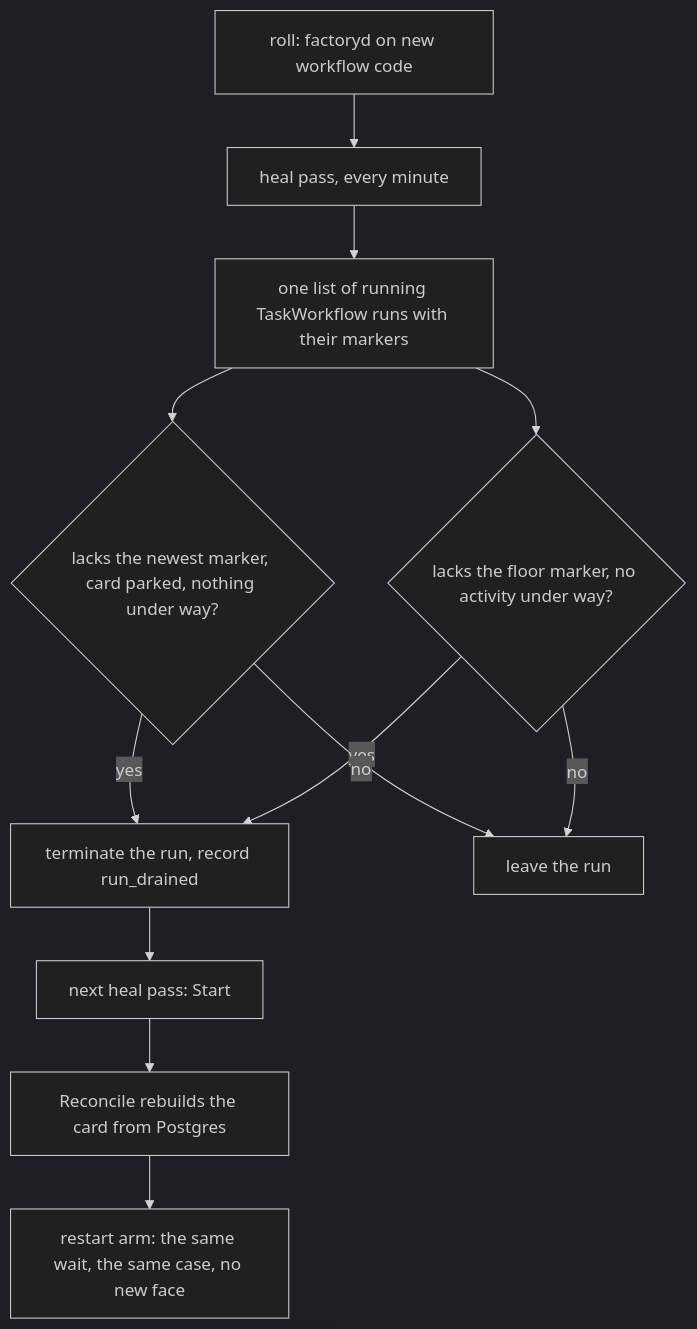
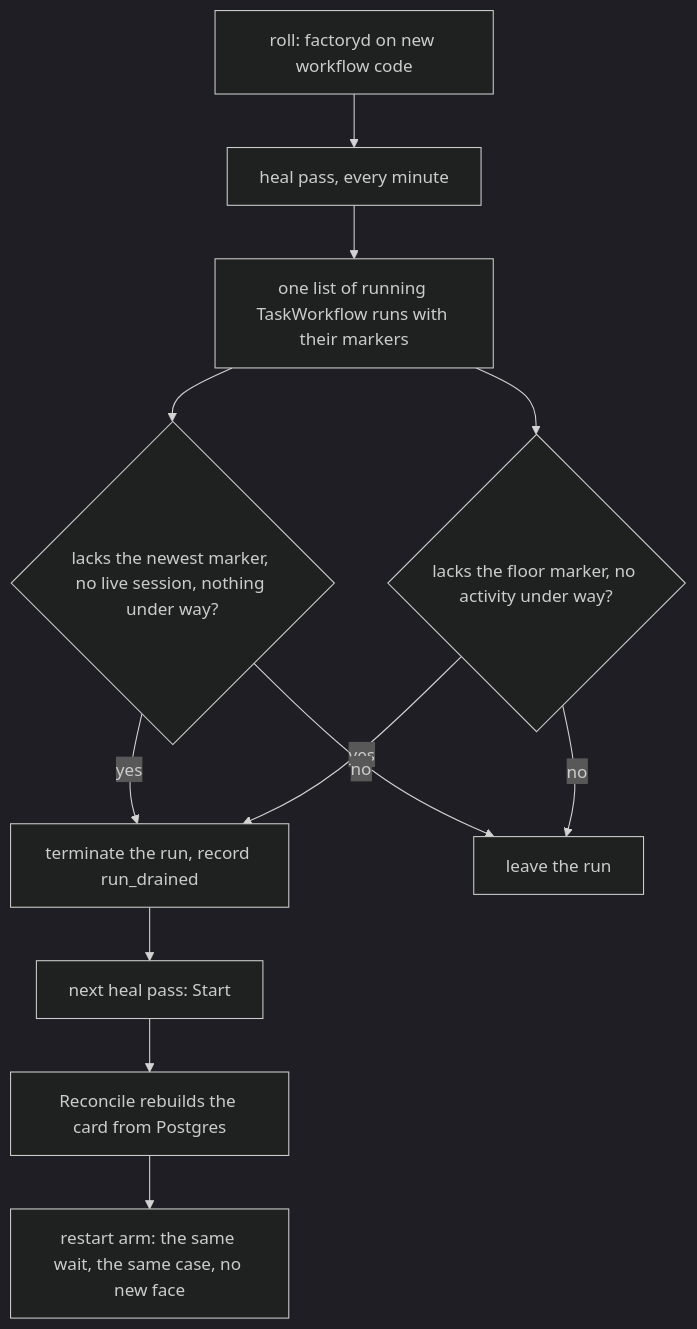
The first of 2 diagrams in docs/plans/2026-11-27-collapse-the-workflow-history.md (sebastianrueckerai/ai-software-factory), drawn with Mermaid (dark theme) before and after one commit. The commit also changed other lines of this file and 41 other files, not shown here.

````diff
--- a/docs/plans/2026-11-27-collapse-the-workflow-history.md
+++ b/docs/plans/2026-11-27-collapse-the-workflow-history.md
@@ -264,14 +267,14 @@
 ```mermaid
 flowchart TD
     roll["roll: factoryd on new workflow code"] --> heal["heal pass, every minute"]
     heal --> list["one list of running TaskWorkflow runs with their markers"]
-    list --> parked{"lacks the newest marker, card parked, nothing under way?"}
+    list --> parked{"lacks the newest marker, no live session, nothing under way?"}
     list --> stuck{"lacks the floor marker, no activity under way?"}
     parked -- yes --> term["terminate the run, record run_drained"]
     stuck -- yes --> term
     parked -- no --> leave["leave the run"]
     stuck -- no --> leave
     term --> start["next heal pass: Start"]
     start --> rec["Reconcile rebuilds the card from Postgres"]
     rec --> arm["restart arm: the same wait, the same case, no new face"]
 ```
````
